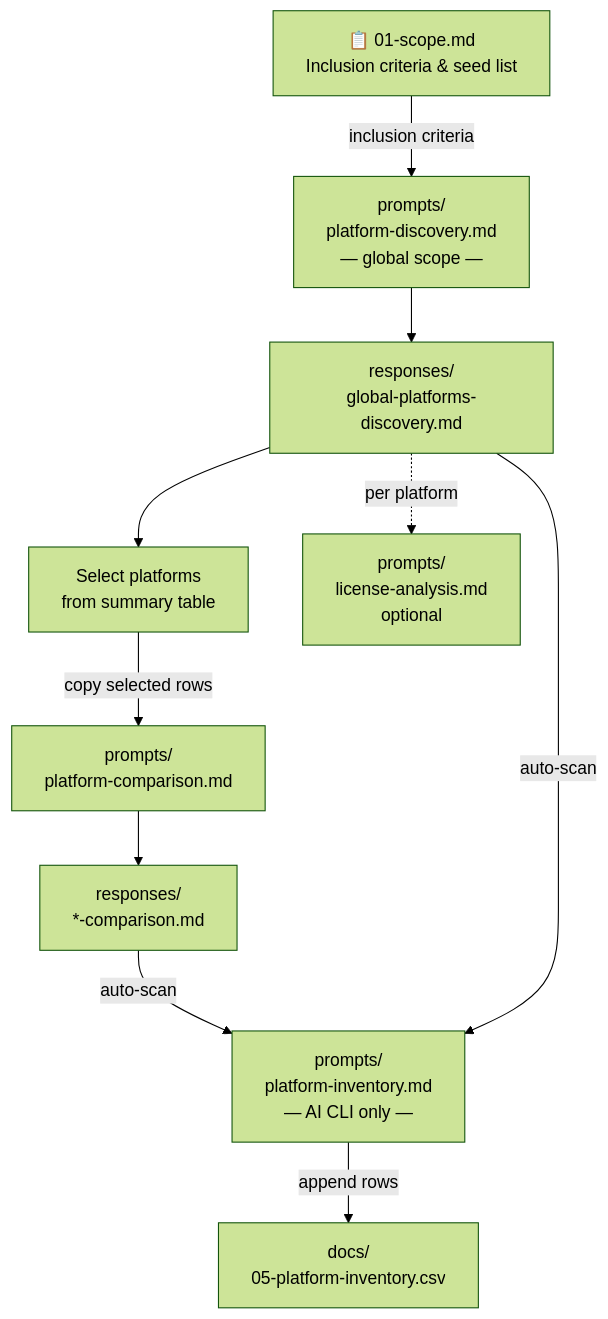
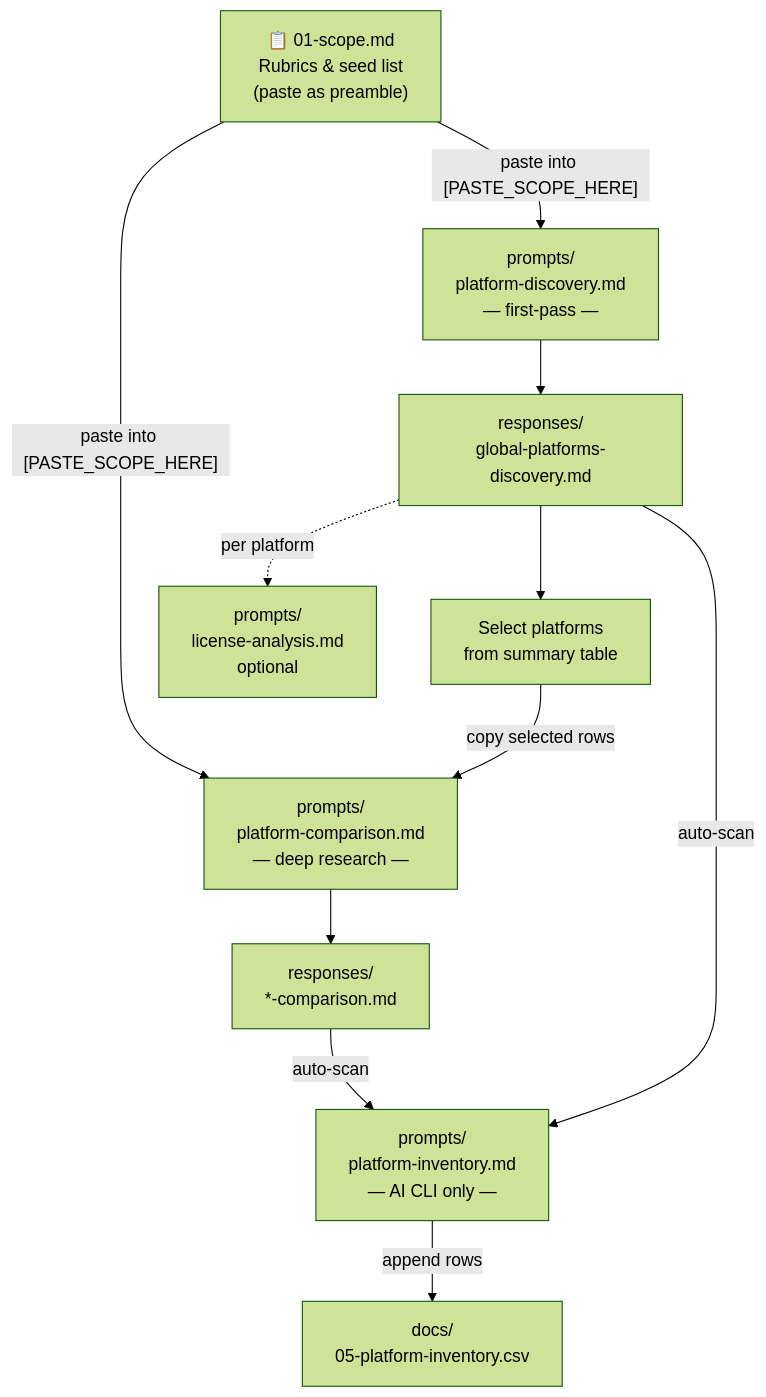
One commit to dtcc-platform/udt-platforms-mapping changed the diagram in docs/02-methodology.md. Above: the diagram before and after it, drawn with Mermaid (forest theme). The commit also changed other lines of this file and 19 other files, not shown here.

First line of the commit message:
refactor(research): unify rubrics in 01-scope.md, add Relevance column

````diff
--- a/docs/02-methodology.md
+++ b/docs/02-methodology.md
@@ -23,23 +30,24 @@
 ```mermaid
 flowchart TD
-    scope["📋 01-scope.md\nInclusion criteria & seed list"]
+    scope["📋 01-scope.md\nRubrics & seed list\n(paste as preamble)"]
 
-    disc["prompts/\nplatform-discovery.md\n― global scope ―"]
+    disc["prompts/\nplatform-discovery.md\n― first-pass ―"]
     dresp["responses/\nglobal-platforms-discovery.md"]
     select["Select platforms\nfrom summary table"]
-    comp["prompts/\nplatform-comparison.md"]
+    comp["prompts/\nplatform-comparison.md\n― deep research ―"]
     cresp["responses/\n*-comparison.md"]
     inv["prompts/\nplatform-inventory.md\n― AI CLI only ―"]
     table["docs/\n05-platform-inventory.csv"]
     lic["prompts/\nlicense-analysis.md\noptional"]
 
-    scope -->|"inclusion criteria"| disc
+    scope -->|"paste into [PASTE_SCOPE_HERE]"| disc
+    scope -->|"paste into [PASTE_SCOPE_HERE]"| comp
     disc --> dresp
     dresp --> select
     select -->|"copy selected rows"| comp
     comp --> cresp
     cresp -->|"auto-scan"| inv
     dresp -->|"auto-scan"| inv
     inv -->|"append rows"| table
     dresp -.->|"per platform"| lic
 ```
````
